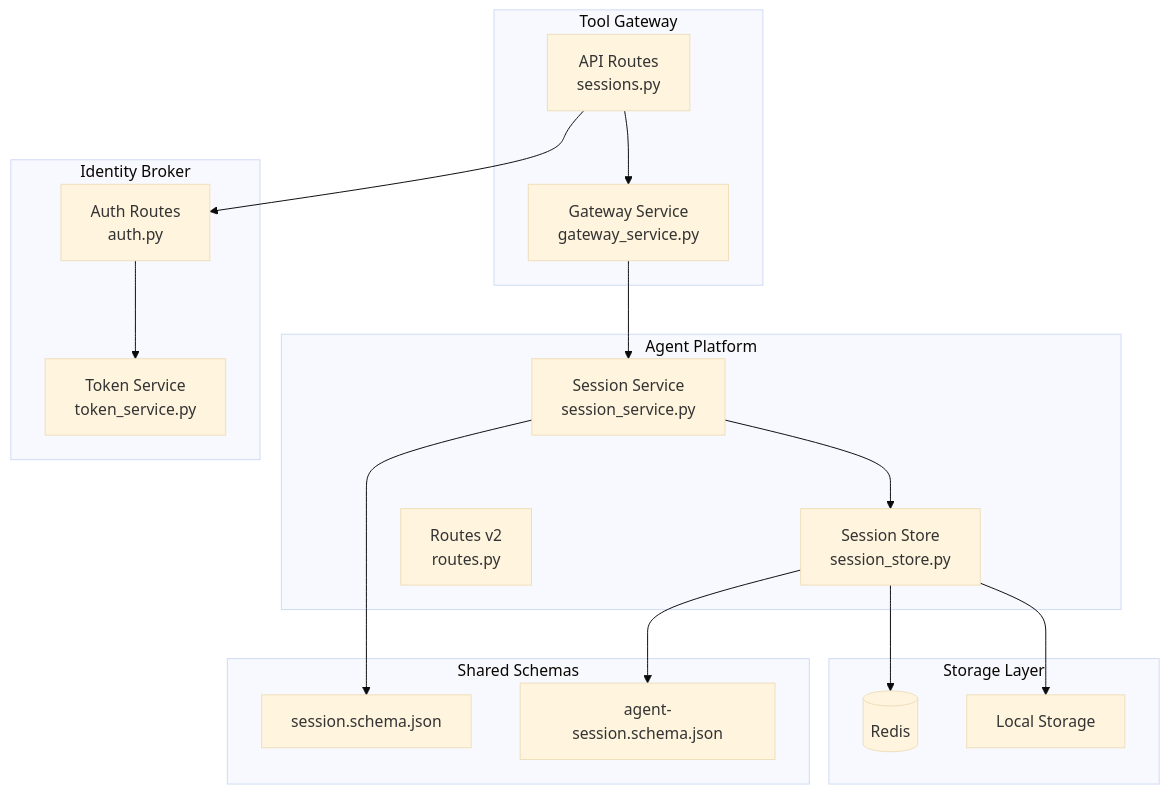
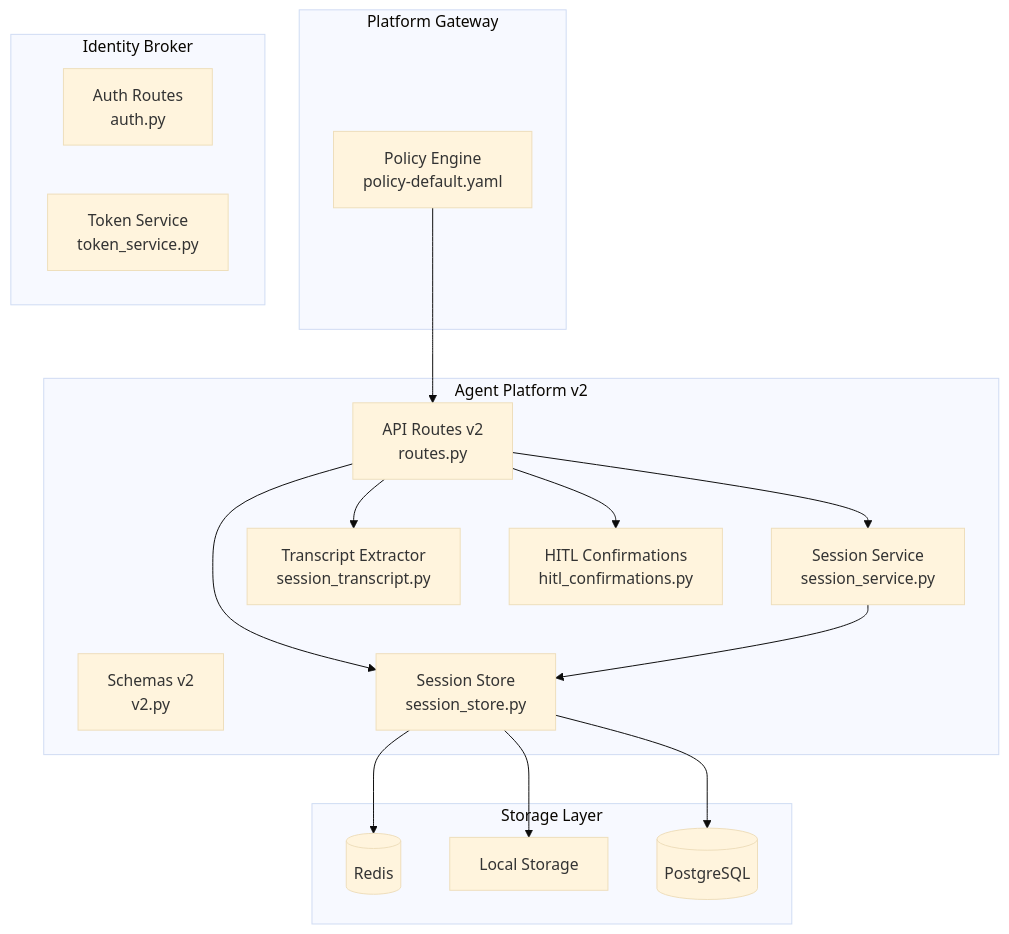
The first of 10 diagrams in .qoder/repowiki/en/content/API Reference/Agent Platform API/Session Management API.md (metasync/luban-aiops), drawn with Mermaid (base theme) before and after one commit. The commit also changed other lines of this file and 43 other files, not shown here.

````diff
--- a/.qoder/repowiki/en/content/API Reference/Agent Platform API/Session Management API.md
+++ b/.qoder/repowiki/en/content/API Reference/Agent Platform API/Session Management API.md
@@ -40,33 +54,32 @@
 ```mermaid
 graph TB
-subgraph "Tool Gateway"
-TG_API[API Routes<br/>sessions.py]
-TG_SVC[Gateway Service<br/>gateway_service.py]
-end
-subgraph "Agent Platform"
+subgraph "Agent Platform v2"
+AP_V2_ROUTES[API Routes v2<br/>routes.py]
+AP_V2_SCHEMAS[Schemas v2<br/>v2.py]
 AP_SVC[Session Service<br/>session_service.py]
 AP_STORE[Session Store<br/>session_store.py]
-AP_V2[Routes v2<br/>routes.py]
+AP_TRANSCRIPT[Transcript Extractor<br/>session_transcript.py]
+AP_HITL[HITL Confirmations<br/>hitl_confirmations.py]
+end
+subgraph "Platform Gateway"
+GW_POLICY[Policy Engine<br/>policy-default.yaml]
 end
 subgraph "Identity Broker"
 ID_AUTH[Auth Routes<br/>auth.py]
 ID_TOKEN[Token Service<br/>token_service.py]
 end
 subgraph "Storage Layer"
 REDIS[(Redis)]
 LOCAL[Local Storage]
+POSTGRES[(PostgreSQL)]
 end
-subgraph "Shared Schemas"
-SCHEMA_SESSION[session.schema.json]
-SCHEMA_AGENT[agent-session.schema.json]
-end
-TG_API --> TG_SVC
-TG_SVC --> AP_SVC
+AP_V2_ROUTES --> AP_SVC
+AP_V2_ROUTES --> AP_STORE
+AP_V2_ROUTES --> AP_TRANSCRIPT
+AP_V2_ROUTES --> AP_HITL
 AP_SVC --> AP_STORE
 AP_STORE --> REDIS
 AP_STORE --> LOCAL
-TG_API --> ID_AUTH
-ID_AUTH --> ID_TOKEN
-AP_SVC --> SCHEMA_SESSION
-AP_STORE --> SCHEMA_AGENT
+AP_STORE --> POSTGRES
+GW_POLICY --> AP_V2_ROUTES
 ```
````
